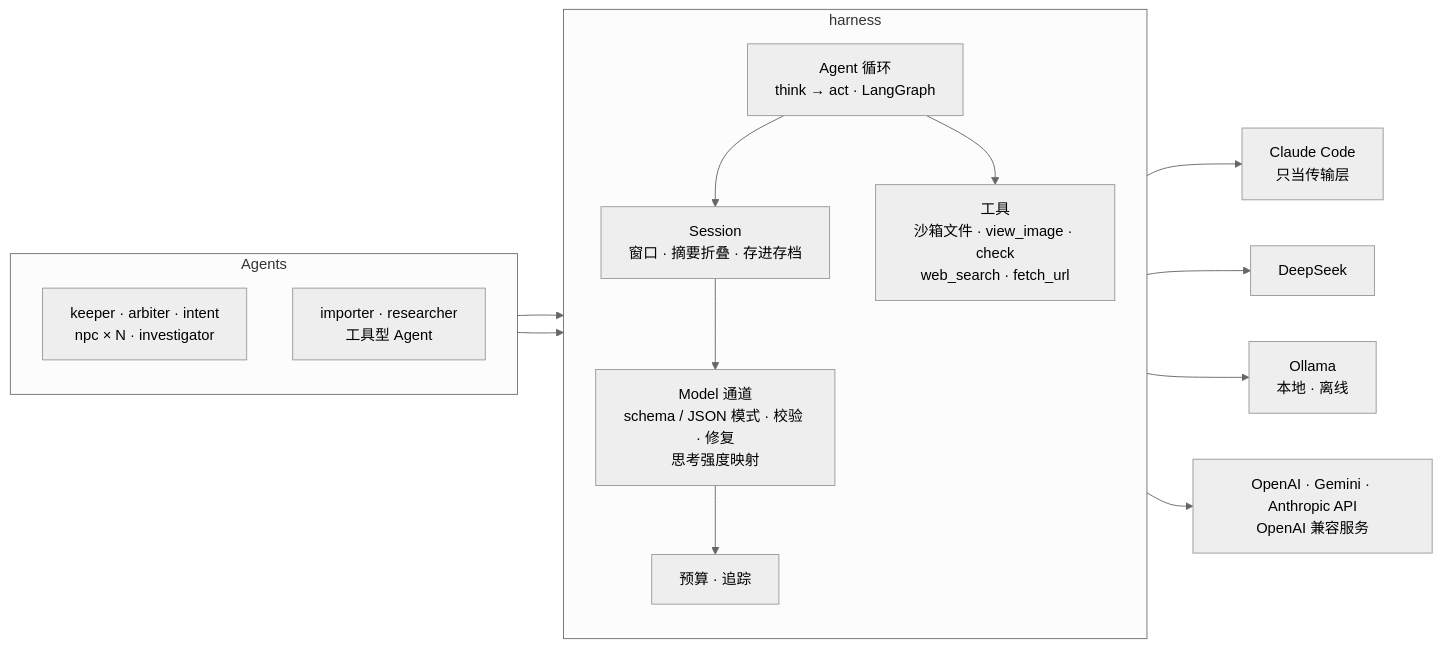
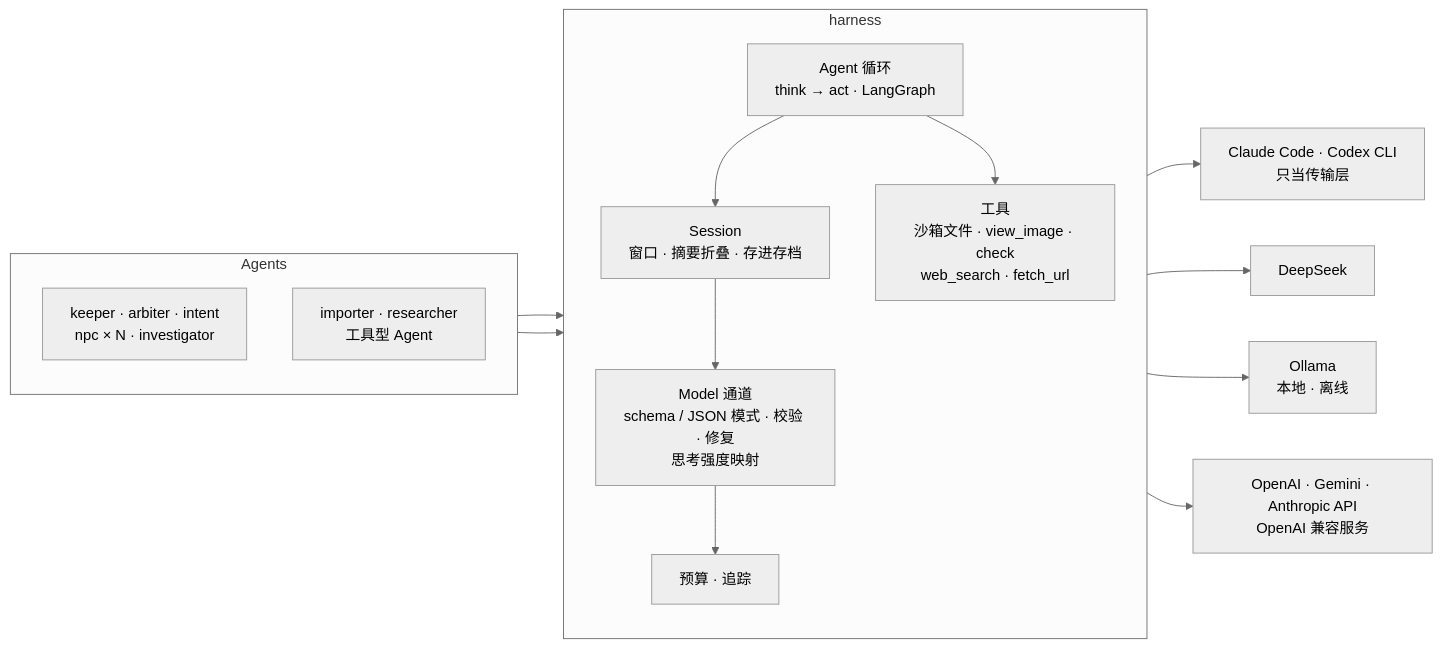
One commit to satoshinji2992/autokeeper changed the first of 3 diagrams in README.md. Above: the diagram before and after it, drawn with Mermaid (neutral theme). The commit also changed other lines of this file and 6 other files, not shown here.

First line of the commit message:
Codex 后端：Codex CLI 当传输层，补上路线图里一直空着的那一项

````diff
--- a/README.md
+++ b/README.md
@@ -82,24 +82,24 @@
 ```mermaid
 flowchart LR
   subgraph AG[Agents]
     direction TB
     G[keeper · arbiter · intent<br/>npc × N · investigator]
     T[importer · researcher<br/>工具型 Agent]
   end
   subgraph H[harness]
     direction TB
     S[Session<br/>窗口 · 摘要折叠 · 存进存档]
     L[Agent 循环<br/>think → act · LangGraph]
     TL[工具<br/>沙箱文件 · view_image · check<br/>web_search · fetch_url]
     M[Model 通道<br/>schema / JSON 模式 · 校验 · 修复<br/>思考强度映射]
     B[预算 · 追踪]
   end
   G --> S
   T --> L --> S
   L --> TL
   S --> M --> B
-  M --> CC[Claude Code<br/>只当传输层]
+  M --> CC[Claude Code · Codex CLI<br/>只当传输层]
   M --> DS[DeepSeek]
   M --> OL[Ollama<br/>本地 · 离线]
   M --> LC[OpenAI · Gemini · Anthropic API<br/>OpenAI 兼容服务]
 ```
````
